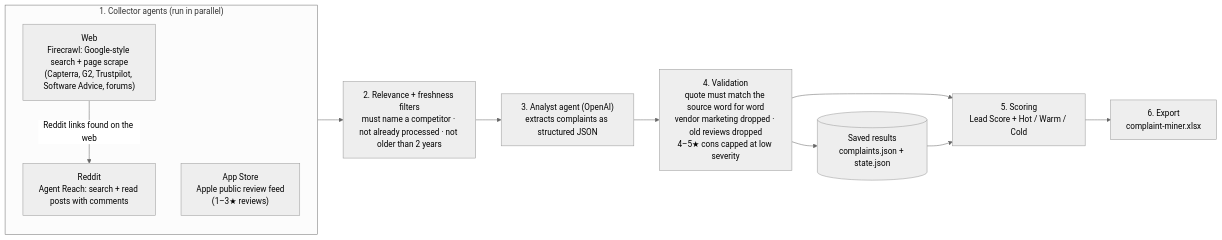
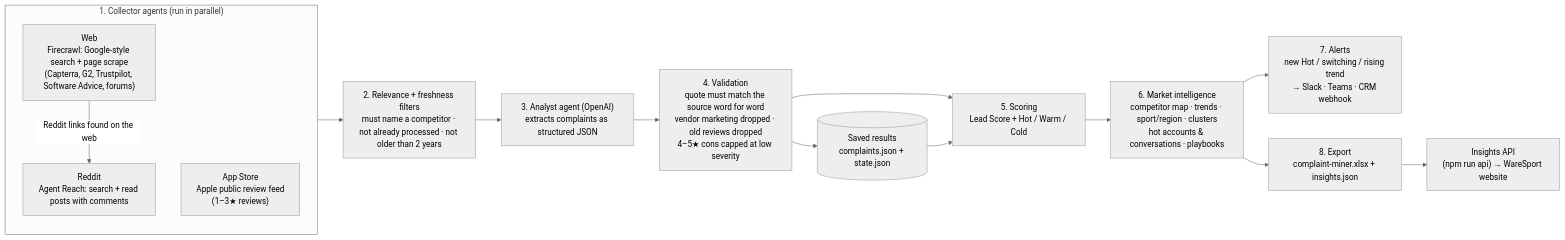
One commit to waresport-product/AI-Complaint-miner changed the diagram in README.md. Above: the diagram before and after it, drawn with Mermaid (neutral theme). The commit also changed other lines of this file and 23 other files, not shown here.

First line of the commit message:
Add 10x market-intelligence layer: insights, alerts, API

````diff
--- a/README.md
+++ b/README.md
@@ -104,16 +135,19 @@
 ```mermaid
 flowchart LR
     subgraph Collect["1. Collector agents (run in parallel)"]
         R["Reddit<br/>Agent Reach: search + read posts with comments"]
         W["Web<br/>Firecrawl: Google-style search + page scrape<br/>(Capterra, G2, Trustpilot, Software Advice, forums)"]
         A["App Store<br/>Apple public review feed<br/>(1–3★ reviews)"]
     end
     W -- "Reddit links found on the web" --> R
     Collect --> F["2. Relevance + freshness filters<br/>must name a competitor · not already processed · not older than 2 years"]
     F --> L["3. Analyst agent (OpenAI)<br/>extracts complaints as structured JSON"]
     L --> V["4. Validation<br/>quote must match the source word for word<br/>vendor marketing dropped · old reviews dropped<br/>4–5★ cons capped at low severity"]
     V --> S["5. Scoring<br/>Lead Score + Hot / Warm / Cold"]
-    S --> X["6. Export<br/>complaint-miner.xlsx"]
+    S --> I["6. Market intelligence<br/>competitor map · trends · sport/region · clusters<br/>hot accounts & conversations · playbooks"]
+    I --> AL["7. Alerts<br/>new Hot / switching / rising trend<br/>→ Slack · Teams · CRM webhook"]
+    I --> X["8. Export<br/>complaint-miner.xlsx + insights.json"]
+    X --> API["Insights API<br/>(npm run api) → WareSport website"]
     V --> D[("Saved results<br/>complaints.json + state.json")]
     D --> S
 ```
````
